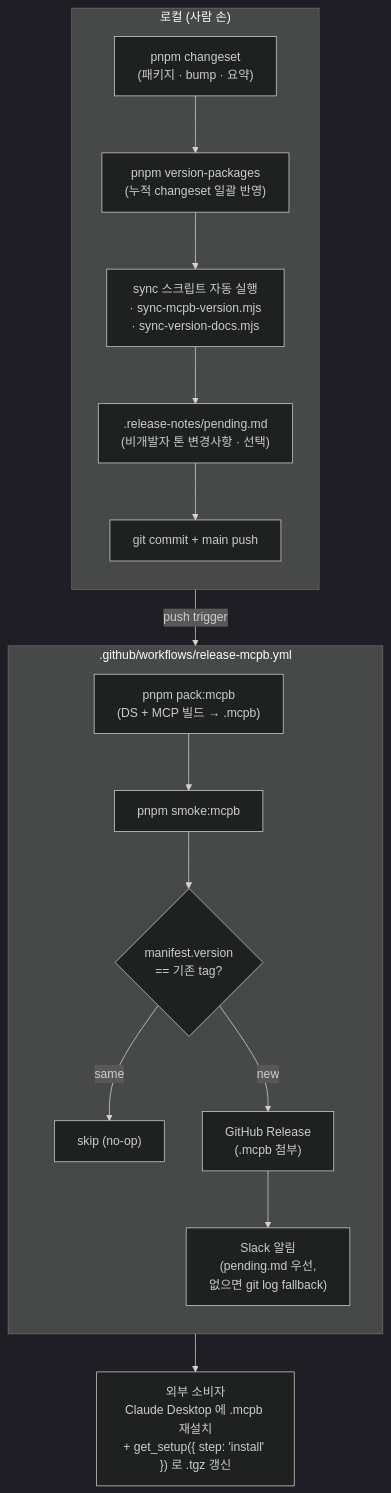
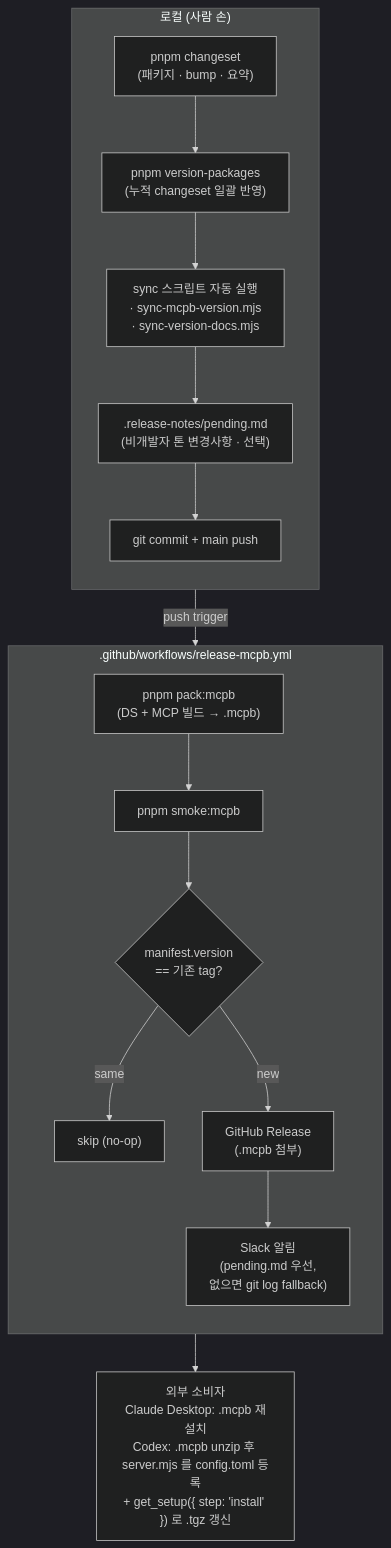
Before and after one commit to ios-nous178/NDS_Project: the second of 4 diagrams in README.md, drawn with Mermaid (dark theme). The commit also changed 2 other files, not shown here.

Commit message:
docs: clarify Codex MCPB setup

````diff
--- a/README.md
+++ b/README.md
@@ -117,29 +117,29 @@
 ```mermaid
 flowchart TB
   subgraph LOCAL["로컬 (사람 손)"]
     direction TB
     CS["pnpm changeset<br/>(패키지 · bump · 요약)"]
     VP["pnpm version-packages<br/>(누적 changeset 일괄 반영)"]
     SYNC["sync 스크립트 자동 실행<br/>· sync-mcpb-version.mjs<br/>· sync-version-docs.mjs"]
     NOTES[".release-notes/pending.md<br/>(비개발자 톤 변경사항 · 선택)"]
     PUSH["git commit + main push"]
   end
 
   subgraph CI[".github/workflows/release-mcpb.yml"]
     direction TB
     PACK["pnpm pack:mcpb<br/>(DS + MCP 빌드 → .mcpb)"]
     SMOKE["pnpm smoke:mcpb"]
     TAGCHK{"manifest.version<br/>== 기존 tag?"}
     SKIP["skip (no-op)"]
     REL["GitHub Release<br/>(.mcpb 첨부)"]
     SLACK["Slack 알림<br/>(pending.md 우선,<br/>없으면 git log fallback)"]
   end
 
-  EXT["외부 소비자<br/>Claude Desktop 에 .mcpb 재설치<br/>+ get_setup({ step: 'install' }) 로 .tgz 갱신"]
+  EXT["외부 소비자<br/>Claude Desktop: .mcpb 재설치<br/>Codex: .mcpb unzip 후 server.mjs 를 config.toml 등록<br/>+ get_setup({ step: 'install' }) 로 .tgz 갱신"]
 
   CS --> VP --> SYNC --> NOTES --> PUSH
   PUSH -->|push trigger| PACK
   PACK --> SMOKE --> TAGCHK
   TAGCHK -->|same| SKIP
   TAGCHK -->|new| REL --> SLACK --> EXT
 ```
````
